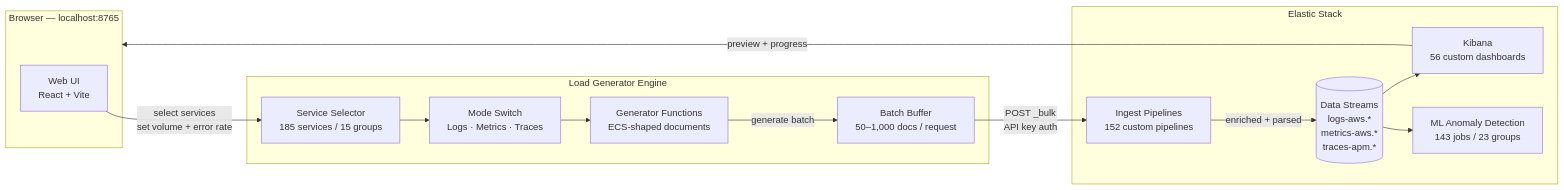
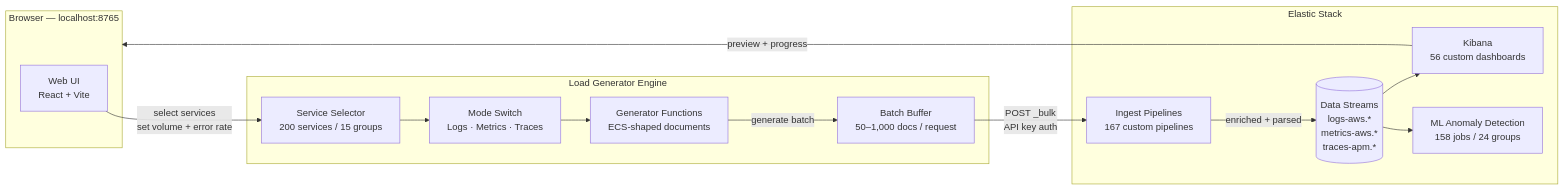
One commit to rkernutt/aws-elastic-load-generator changed the first of 4 diagrams in docs/diagrams.md. Above: the diagram before and after it, drawn with Mermaid. The commit also changed other lines of this file and 20 other files, not shown here.

First line of the commit message:
feat: 200-service milestone — 15 new generators, icons, pipelines, ML jobs, and full UI/docs

````diff
--- a/docs/diagrams.md
+++ b/docs/diagrams.md
@@ -7,30 +7,30 @@
 ```mermaid
 flowchart LR
     subgraph Browser["Browser — localhost:8765"]
         UI["Web UI\nReact + Vite"]
     end
 
     subgraph Engine["Load Generator Engine"]
-        SEL["Service Selector\n185 services / 15 groups"]
+        SEL["Service Selector\n200 services / 15 groups"]
         MODE["Mode Switch\nLogs · Metrics · Traces"]
         GEN["Generator Functions\nECS-shaped documents"]
         BUF["Batch Buffer\n50–1,000 docs / request"]
     end
 
     subgraph Elastic["Elastic Stack"]
-        PIPE["Ingest Pipelines\n152 custom pipelines"]
+        PIPE["Ingest Pipelines\n167 custom pipelines"]
         DS[("Data Streams\nlogs-aws.*\nmetrics-aws.*\ntraces-apm.*")]
         KB["Kibana\n56 custom dashboards"]
-        ML["ML Anomaly Detection\n143 jobs / 23 groups"]
+        ML["ML Anomaly Detection\n158 jobs / 24 groups"]
     end
 
     UI -->|"select services\nset volume + error rate"| SEL
     SEL --> MODE
     MODE --> GEN
     GEN -->|"generate batch"| BUF
     BUF -->|"POST _bulk\nAPI key auth"| PIPE
     PIPE -->|"enriched + parsed"| DS
     DS --> KB
     DS --> ML
     KB -->|"preview + progress"| Browser
 ```
````
